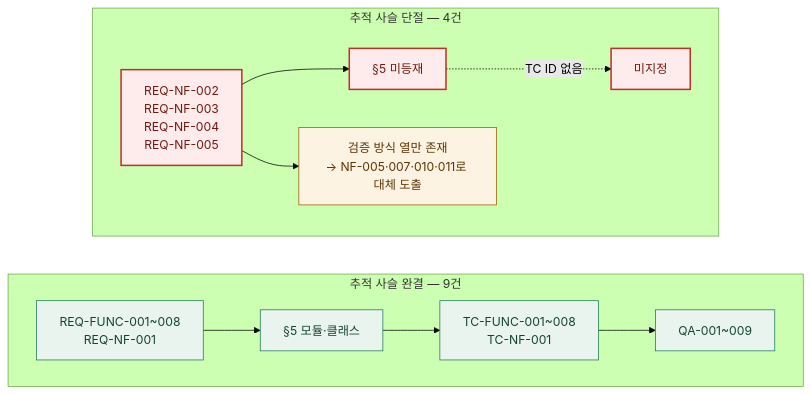
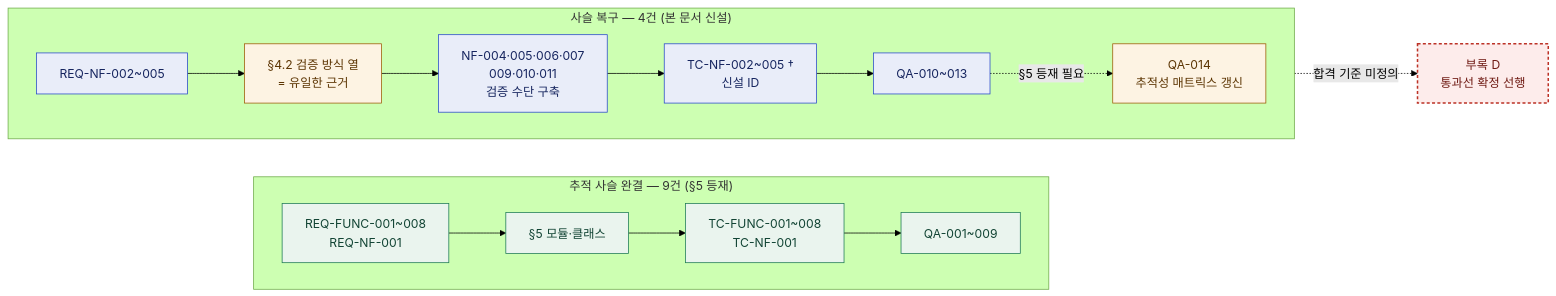
The fifth of 5 diagrams in TASKS-adtech-mvp-v1.0.md (STERNYUL/AI_PLACE_MATE), drawn with Mermaid (forest theme) before and after one commit. The commit also changed other lines of this file, not shown here.

````diff
--- a/TASKS-adtech-mvp-v1.0.md
+++ b/TASKS-adtech-mvp-v1.0.md
@@ -459,19 +479,25 @@
 ```mermaid
 flowchart LR
-  subgraph OK["추적 사슬 완결 — 9건"]
+  subgraph OK["추적 사슬 완결 — 9건 (§5 등재)"]
     direction LR
     R1["REQ-FUNC-001~008<br/>REQ-NF-001"] --> M1["§5 모듈·클래스"] --> T1["TC-FUNC-001~008<br/>TC-NF-001"] --> Q1["QA-001~009"]
   end
-  subgraph NG["추적 사슬 단절 — 4건"]
+  subgraph FIX["사슬 복구 — 4건 (본 문서 신설)"]
     direction LR
-    R2["REQ-NF-002<br/>REQ-NF-003<br/>REQ-NF-004<br/>REQ-NF-005"] --> M2["§5 미등재"] -.->|"TC ID 없음"| T2["미지정"]
-    R2 --> V2["검증 방식 열만 존재<br/>→ NF-005·007·010·011로 대체 도출"]
+    R2["REQ-NF-002~005"] --> V2["§4.2 검증 방식 열<br/>= 유일한 근거"]
+    V2 --> N2["NF-004·005·006·007<br/>009·010·011<br/>검증 수단 구축"]
+    N2 --> T2["TC-NF-002~005 †<br/>신설 ID"]
+    T2 --> Q2["QA-010~013"]
+    Q2 -.->|"§5 등재 필요"| U2["QA-014<br/>추적성 매트릭스 갱신"]
   end
+  T2 -.->|"합격 기준 미정의"| GAP["부록 D<br/>통과선 확정 선행"]
 
   classDef ok fill:#eaf4ee,stroke:#1e7a55,color:#124434
-  classDef ng fill:#fdeceb,stroke:#bc3226,stroke-width:2px,color:#6f1a13
+  classDef fix fill:#e9edf9,stroke:#2749c9,color:#16255f
   classDef warn fill:#fdf3e3,stroke:#9c5a05,color:#5c3503
+  classDef gap fill:#fdeceb,stroke:#bc3226,stroke-width:2px,stroke-dasharray:4 3,color:#6f1a13
   class R1,M1,T1,Q1 ok
-  class R2,M2,T2 ng
-  class V2 warn
+  class R2,N2,T2,Q2 fix
+  class V2,U2 warn
+  class GAP gap
 ```
````
